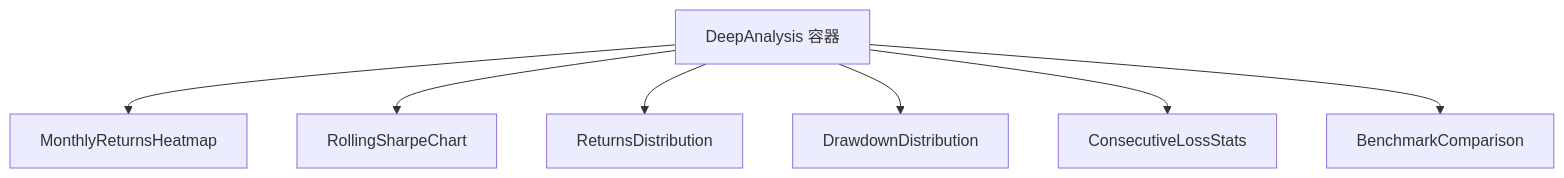
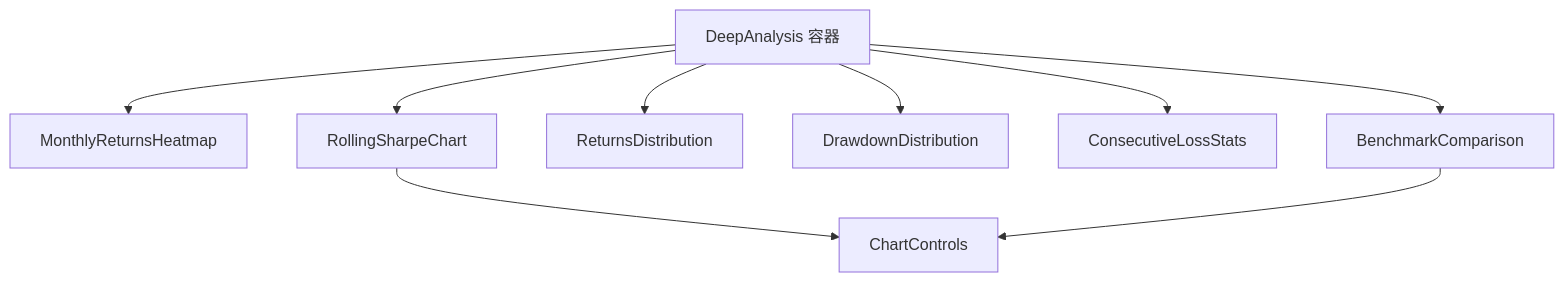
Before and after one commit to faryhuo/backtrader: the sixth of 7 diagrams in .qoder/repowiki/zh/content/核心功能详解/深度分析功能.md, drawn with Mermaid. The commit also changed other lines of this file and 28 other files, not shown here.

````diff
--- a/.qoder/repowiki/zh/content/核心功能详解/深度分析功能.md
+++ b/.qoder/repowiki/zh/content/核心功能详解/深度分析功能.md
@@ -260,16 +281,19 @@
 ```mermaid
 graph TB
 DA["DeepAnalysis 容器"]
 M["MonthlyReturnsHeatmap"]
 RS["RollingSharpeChart"]
 RD["ReturnsDistribution"]
 DD["DrawdownDistribution"]
 CL["ConsecutiveLossStats"]
 BC["BenchmarkComparison"]
+CC["ChartControls"]
 DA --> M
 DA --> RS
 DA --> RD
 DA --> DD
 DA --> CL
 DA --> BC
+RS --> CC
+BC --> CC
 ```
````
